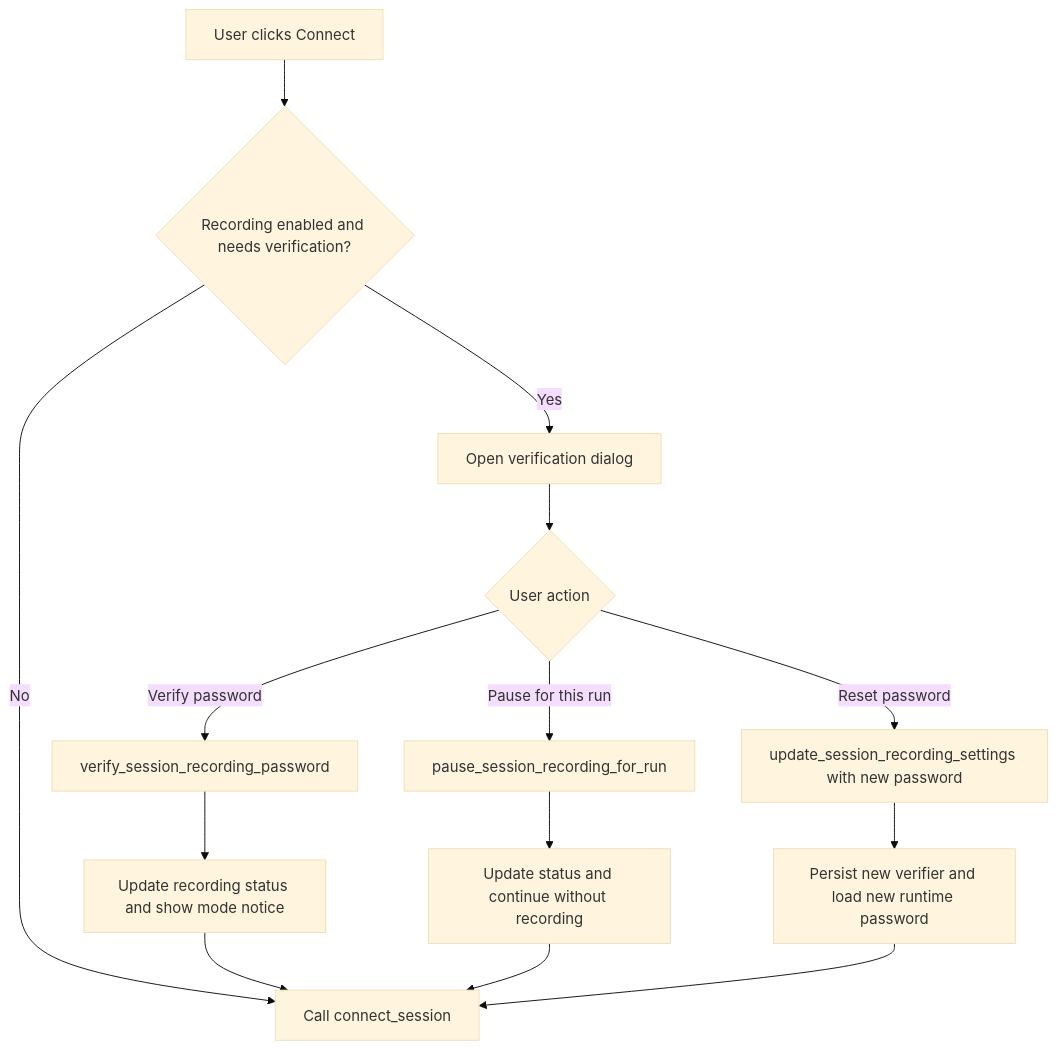
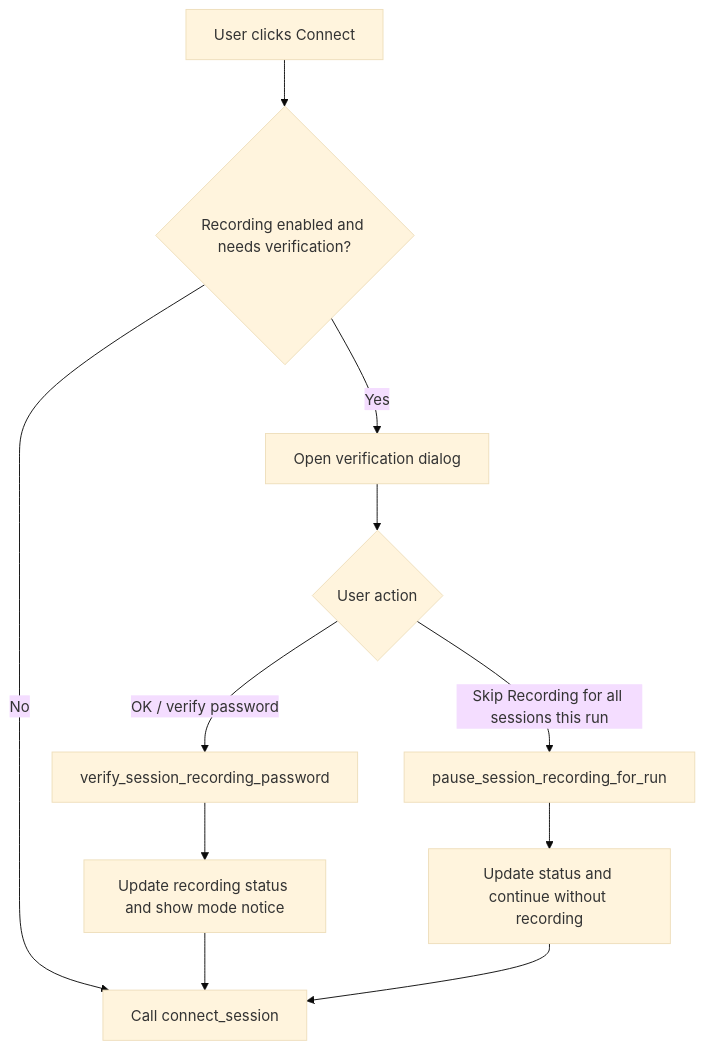
The second of 2 diagrams in doc/technical-design.md (iridiumcao/iridium-remote), drawn with Mermaid (base theme) before and after one commit. The commit also changed other lines of this file and 18 other files, not shown here.

````diff
--- a/doc/technical-design.md
+++ b/doc/technical-design.md
@@ -160,16 +162,13 @@
 ```mermaid
 flowchart TD
     A[User clicks Connect] --> B{Recording enabled and needs verification?}
     B -- No --> C[Call connect_session]
     B -- Yes --> D[Open verification dialog]
     D --> E{User action}
-    E -- Verify password --> F[verify_session_recording_password]
+    E -- OK / verify password --> F[verify_session_recording_password]
     F --> G[Update recording status and show mode notice]
     G --> C
-    E -- Pause for this run --> H[pause_session_recording_for_run]
+    E -- Skip Recording for all sessions this run --> H[pause_session_recording_for_run]
     H --> I[Update status and continue without recording]
     I --> C
-    E -- Reset password --> J[update_session_recording_settings with new password]
-    J --> K[Persist new verifier and load new runtime password]
-    K --> C
 ```
````
